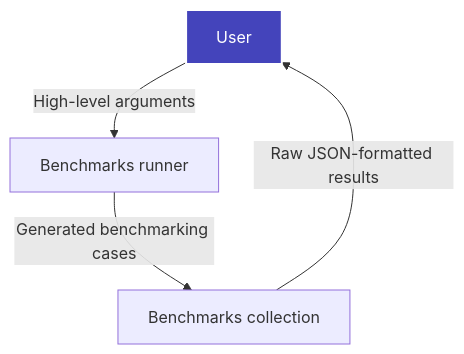
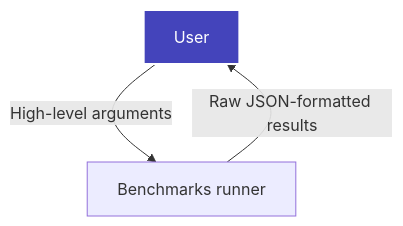
The diagram in README.md (cakedev0/scikit-learn_bench), drawn with Mermaid before and after one commit. The commit also changed other lines of this file and 19 other files, not shown here.

````diff
--- a/README.md
+++ b/README.md
@@ -111,9 +110,8 @@
 ```mermaid
 flowchart TB
     A[User] -- High-level arguments --> B[Benchmarks runner]
-    B -- Generated benchmarking cases --> C["Benchmarks collection"]
-    C -- Raw JSON-formatted results --> A
+    B -- Raw JSON-formatted results --> A
 
     classDef userStyle fill:#44b,color:white,stroke-width:2px,stroke:white;
     class A userStyle
 ```
````
